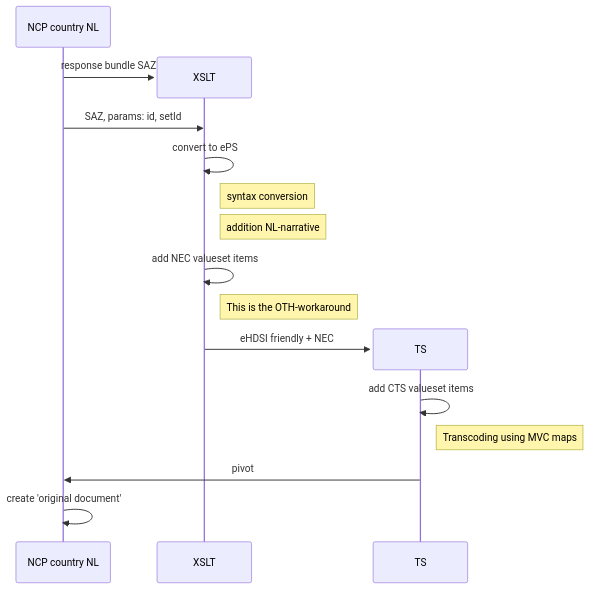
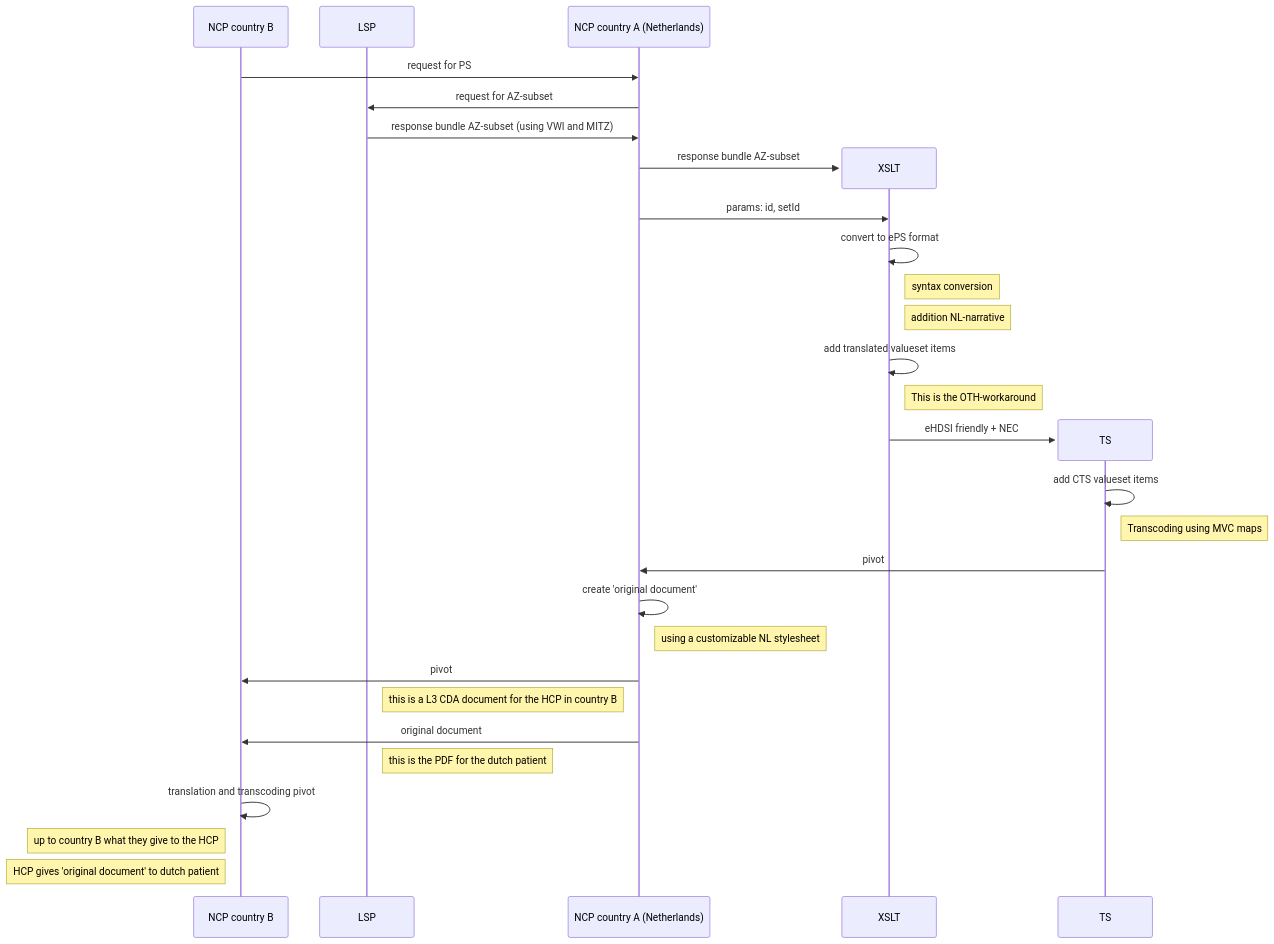
Before and after one commit to Duometis/overbrugging: the diagram in plaatjes.md, drawn with Mermaid. The commit also changed other lines of this file, not shown here.

````diff
--- a/plaatjes.md
+++ b/plaatjes.md
@@ -3,27 +3,39 @@
 ```mermaid
 sequenceDiagram
 
-participant A as NCP country NL
- 
+participant B as NCP country B
+participant C as LSP
+participant A as NCP country A (Netherlands)
+
+B->>A: request for PS
+A->>C: request for AZ-subset
+C->>A: response bundle AZ-subset (using VWI and MITZ)
+
 create participant XSLT
 
  
-    A->>XSLT: response bundle SAZ
+    A->>XSLT: response bundle AZ-subset
 
-    A->>XSLT: SAZ, params: id, setId
+    A->>XSLT: params: id, setId
   
-    XSLT->>XSLT: convert to ePS
+    XSLT->>XSLT: convert to ePS format
 Note right of XSLT: syntax conversion
 Note right of XSLT: addition NL-narrative
-    XSLT->>XSLT: add NEC valueset items
+    XSLT->>XSLT: add translated valueset items
 Note right of XSLT: This is the OTH-workaround
   create participant TS
     XSLT->>TS : eHDSI friendly + NEC 
    TS->>TS: add CTS valueset items
 Note right of TS: Transcoding using MVC maps
     TS->>A: pivot
-
 A->>A: create 'original document'
-
+Note right of A: using a customizable NL stylesheet 
+A->>B: pivot
+Note right of C: this is a L3 CDA document for the HCP in country B
+A->>B: original document
+Note right of C: this is the PDF for the dutch patient
+B->>B: translation and transcoding pivot
+Note left of B: up to country B what they give to the HCP
+Note left of B: HCP gives 'original document' to dutch patient
 
 ```
````
